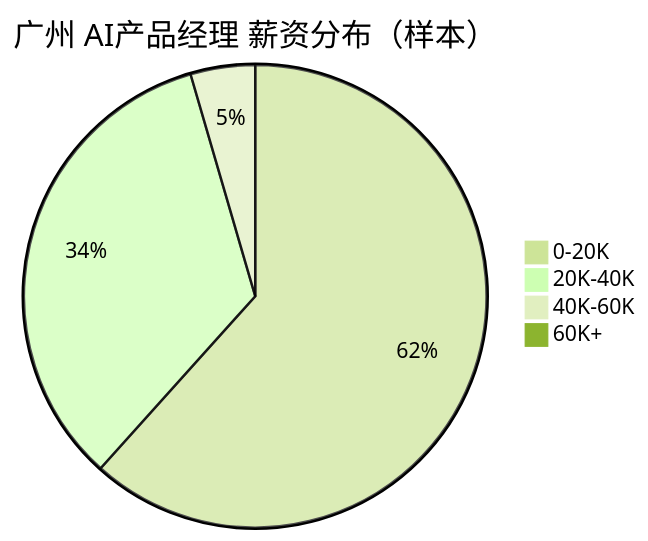
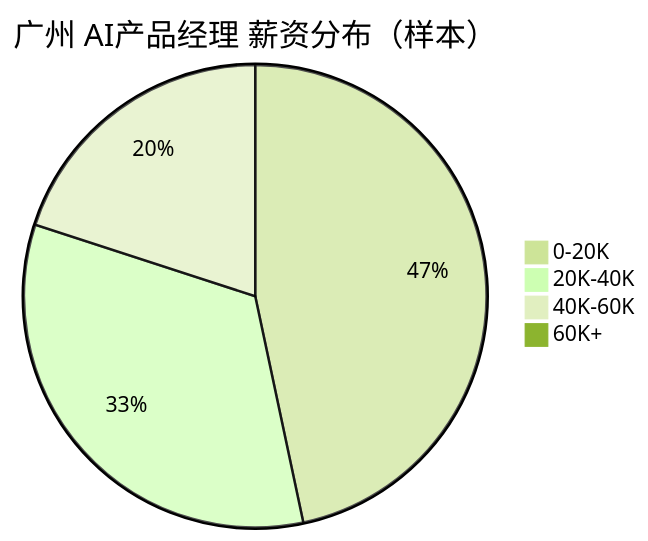
The diagram in README.md (JohnsRun/ai-job-radar), drawn with Mermaid (forest theme) before and after one commit. The commit also changed other lines of this file, not shown here.

````diff
--- a/README.md
+++ b/README.md
@@ -20,7 +20,7 @@
 ```mermaid
 pie title 广州 AI产品经理 薪资分布（样本）
-  "0-20K" : 82
-  "20K-40K" : 45
-  "40K-60K" : 6
+  "0-20K" : 7
+  "20K-40K" : 5
+  "40K-60K" : 3
   "60K+" : 0
 ```
````
